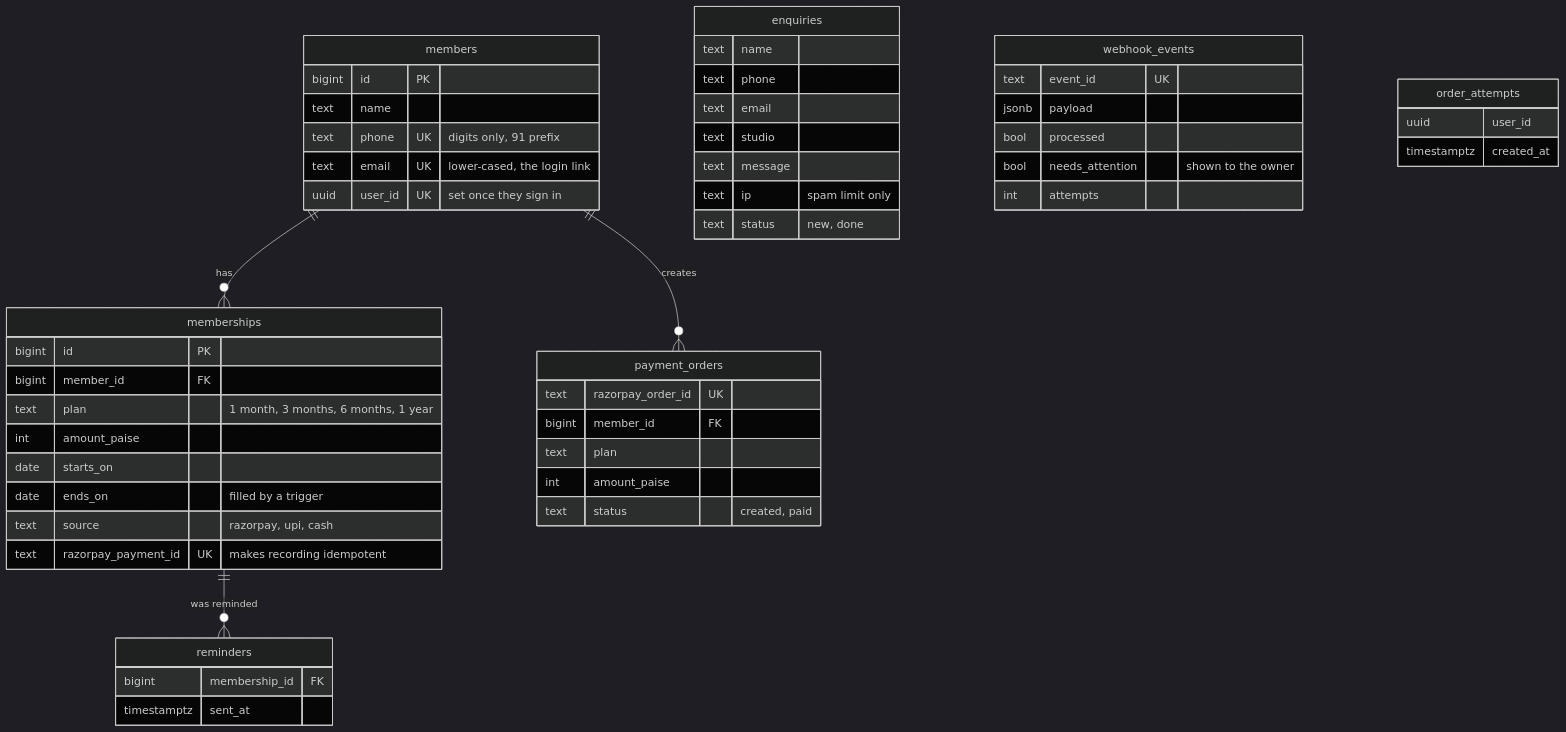
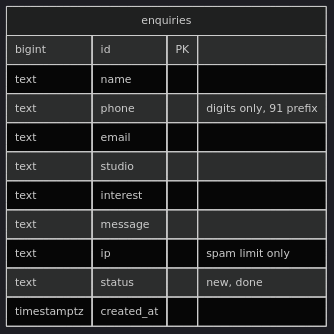
Before and after one commit to datewithcode/viral-yoga-website: the third of 5 diagrams in docs/ARCHITECTURE.md, drawn with Mermaid (dark theme). The commit also changed other lines of this file and 46 other files, not shown here.

First line of the commit message:
Remove payments and memberships: information site plus enquiries

````diff
--- a/docs/ARCHITECTURE.md
+++ b/docs/ARCHITECTURE.md
@@ -93,54 +89,15 @@
 ```mermaid
 erDiagram
-  members ||--o{ memberships : "has"
-  members ||--o{ payment_orders : "creates"
-  memberships ||--o{ reminders : "was reminded"
-  members {
+  enquiries {
     bigint id PK
     text name
-    text phone UK "digits only, 91 prefix"
-    text email UK "lower-cased, the login link"
-    uuid user_id UK "set once they sign in"
-  }
-  memberships {
-    bigint id PK
-    bigint member_id FK
-    text plan "1 month, 3 months, 6 months, 1 year"
-    int amount_paise
-    date starts_on
-    date ends_on "filled by a trigger"
-    text source "razorpay, upi, cash"
-    text razorpay_payment_id UK "makes recording idempotent"
-  }
-  payment_orders {
-    text razorpay_order_id UK
-    bigint member_id FK
-    text plan
-    int amount_paise
-    text status "created, paid"
-  }
-  reminders {
-    bigint membership_id FK
-    timestamptz sent_at
-  }
-  enquiries {
-    text name
-    text phone
+    text phone "digits only, 91 prefix"
     text email
     text studio
+    text interest
     text message
     text ip "spam limit only"
     text status "new, done"
-  }
-  webhook_events {
-    text event_id UK
-    jsonb payload
-    bool processed
-    bool needs_attention "shown to the owner"
-    int attempts
-  }
-  order_attempts {
-    uuid user_id
     timestamptz created_at
   }
 ```
````
